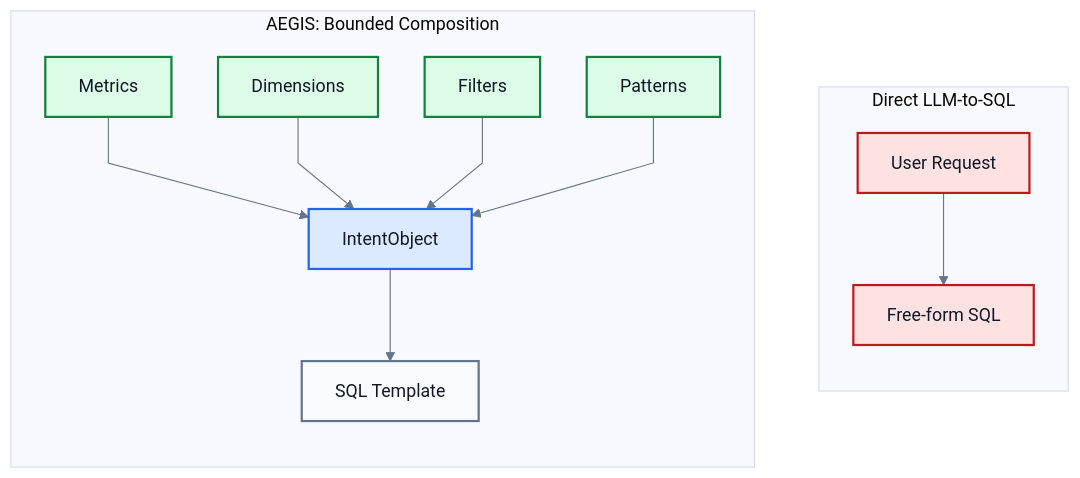
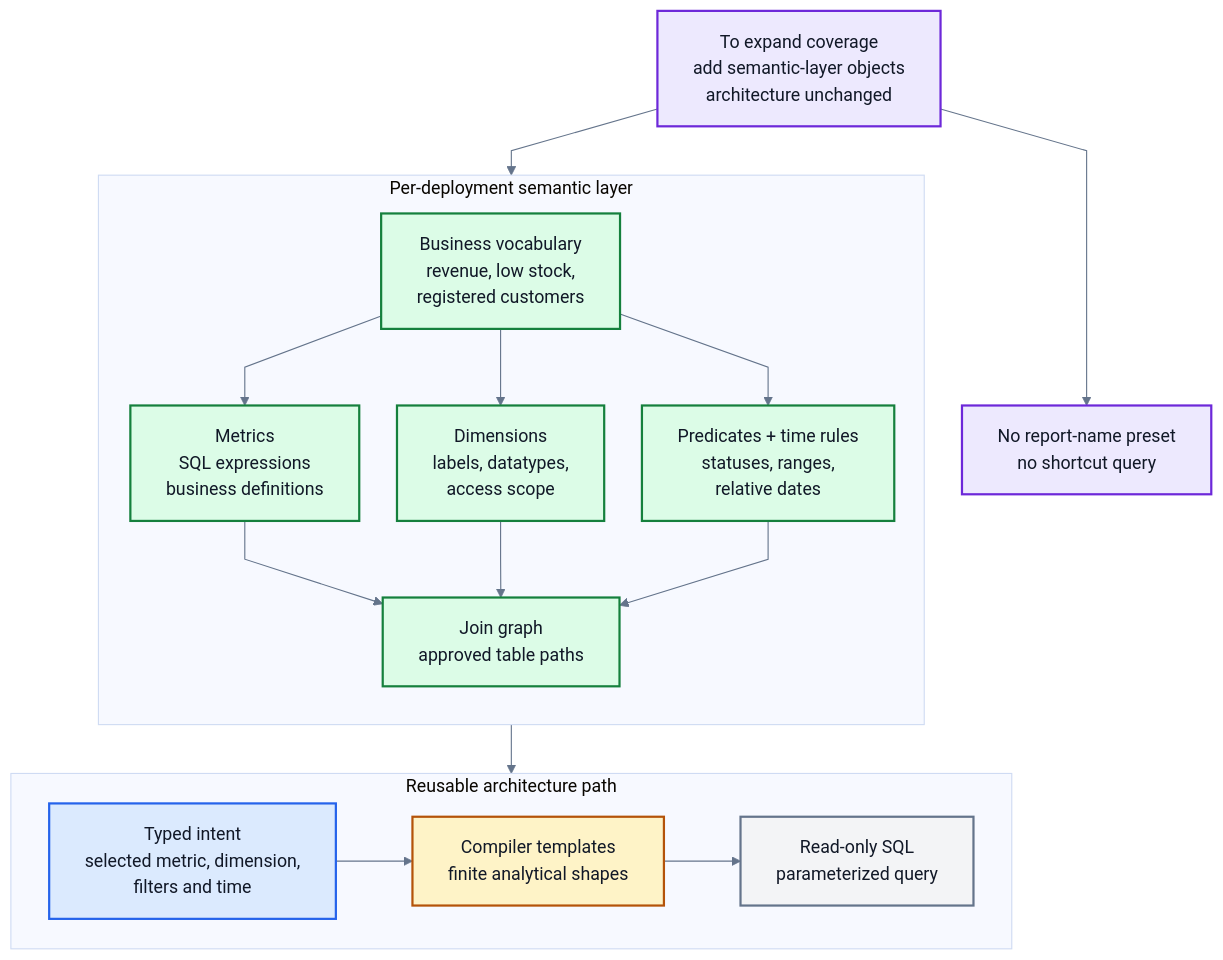
Before and after one commit to md-riaz/AEGIS-Research: the diagram in docs/scripts/thesis_book_generator/figures/source/figure-04-semantic-layer-modularity.mmd, drawn with Mermaid. The commit also changed 21 other files, not shown here.

```diff
--- a/docs/scripts/thesis_book_generator/figures/source/figure-04-semantic-layer-modularity.mmd
+++ b/docs/scripts/thesis_book_generator/figures/source/figure-04-semantic-layer-modularity.mmd
@@ -1,32 +1,44 @@
 %% AEGIS thesis Figure 4 source
-%%{init: {"theme": "base", "themeCSS": ".nodeLabel, .edgeLabel, .cluster-label { font-family: Arial, sans-serif !important; }", "themeVariables": {"fontFamily": "Arial, sans-serif", "primaryTextColor": "#111827", "lineColor": "#64748b"}, "flowchart": {"nodeSpacing": 42, "rankSpacing": 58, "curve": "linear"}}}%%
-flowchart LR
-    subgraph AEGIS["AEGIS: Bounded Composition"]
+%%{init: {"theme": "base", "themeCSS": ".nodeLabel, .edgeLabel, .cluster-label { font-family: Arial, sans-serif !important; } .nodeLabel { font-size: 16px; } .edgeLabel { font-size: 14px; } .cluster-label { font-weight: 700; }", "themeVariables": {"fontFamily": "Arial, sans-serif", "primaryTextColor": "#111827", "lineColor": "#64748b"}, "flowchart": {"nodeSpacing": 34, "rankSpacing": 44, "curve": "linear", "padding": 16}}}%%
+flowchart TB
+    EXT["To expand coverage<br/>add semantic-layer objects<br/>architecture unchanged"]
+
+    subgraph DOMAIN["Per-deployment semantic layer"]
       direction TB
-      M["Metrics"]
-      D["Dimensions"]
-      F["Filters"]
-      P["Patterns"]
-      I["IntentObject"]
-      SQL["SQL Template"]
-      M & D & F & P --> I --> SQL
+      B["Business vocabulary<br/>revenue, low stock,<br/>registered customers"]
+      M["Metrics<br/>SQL expressions<br/>business definitions"]
+      D["Dimensions<br/>labels, datatypes,<br/>access scope"]
+      F["Predicates + time rules<br/>statuses, ranges,<br/>relative dates"]
+      J["Join graph<br/>approved table paths"]
+      B --> M
+      B --> D
+      B --> F
+      M --> J
+      D --> J
+      F --> J
     end
 
-    subgraph DIRECT["Direct LLM-to-SQL"]
-      direction TB
-      N["User Request"]
-      G["Free-form SQL"]
-      N --> G
+    subgraph PATH["Reusable architecture path"]
+      direction LR
+      I["Typed intent<br/>selected metric, dimension,<br/>filters and time"]
+      T["Compiler templates<br/>finite analytical shapes"]
+      SQL["Read-only SQL<br/>parameterized query"]
+      I --> T --> SQL
     end
 
-    SQL ~~~ N
+    NOP["No report-name preset<br/>no shortcut query"]
+
+    EXT --> DOMAIN --> I
+    EXT --> NOP
 
     classDef semantic fill:#dcfce7,stroke:#15803d,color:#111827,stroke-width:2px;
     classDef intent fill:#dbeafe,stroke:#2563eb,color:#111827,stroke-width:2px;
-    classDef sql fill:#f8fafc,stroke:#64748b,color:#111827,stroke-width:2px;
-    classDef risk fill:#fee2e2,stroke:#b91c1c,color:#111827,stroke-width:2px;
+    classDef compiler fill:#fef3c7,stroke:#b45309,color:#111827,stroke-width:2px;
+    classDef sql fill:#f3f4f6,stroke:#64748b,color:#111827,stroke-width:2px;
+    classDef extend fill:#ede9fe,stroke:#6d28d9,color:#111827,stroke-width:2px;
 
-    class M,D,F,P semantic;
+    class B,M,D,F,J semantic;
     class I intent;
+    class T compiler;
     class SQL sql;
-    class N,G risk;
+    class EXT,NOP extend;
```
